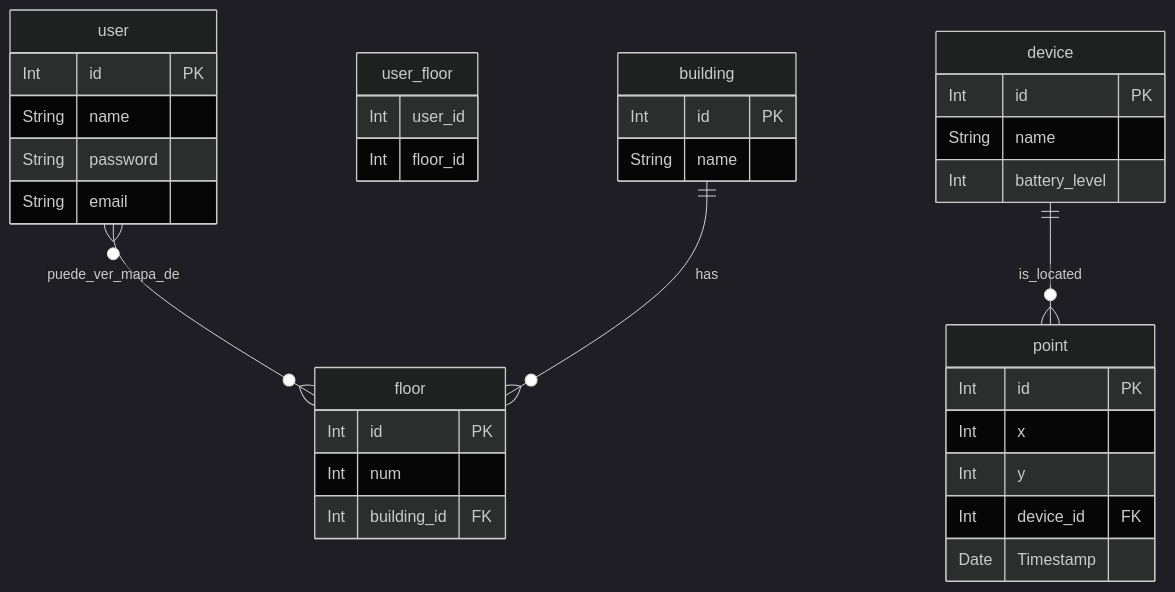
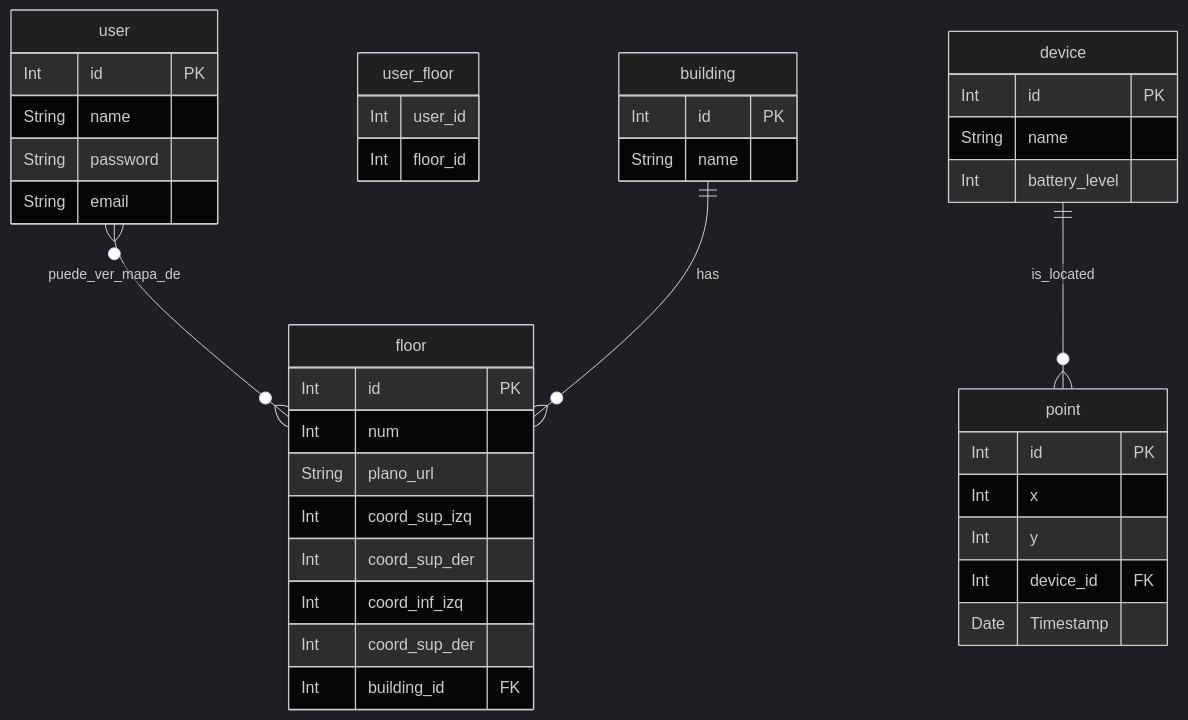
One commit to NicasioSirvent/siloin_base changed the diagram in ER.md. Above: the diagram before and after it, drawn with Mermaid (dark theme).

````diff
--- a/ER.md
+++ b/ER.md
@@ -1,46 +1,51 @@
 ```mermaid
 erDiagram
     user {
         Int id PK
         String name
         String password
         String email
     }
 
  
     user }o--o{ floor : puede_ver_mapa_de
 
     user_floor {
         Int user_id
         Int floor_id
     }
 
     building {
         Int id PK
         String name
     }
 
     floor {
         Int id PK
         Int num
+        String plano_url
+        Int coord_sup_izq
+        Int coord_sup_der
+        Int coord_inf_izq
+        Int coord_sup_der 
         Int building_id FK
     }
     building ||--o{ floor : has
 
     device {
         Int id PK
         String name
         Int battery_level
     }
 
     point {
         Int id PK
         Int x
         Int y
         Int device_id FK
         Date Timestamp 
     }
     device ||--o{ point : is_located
 
     
 ```
````
